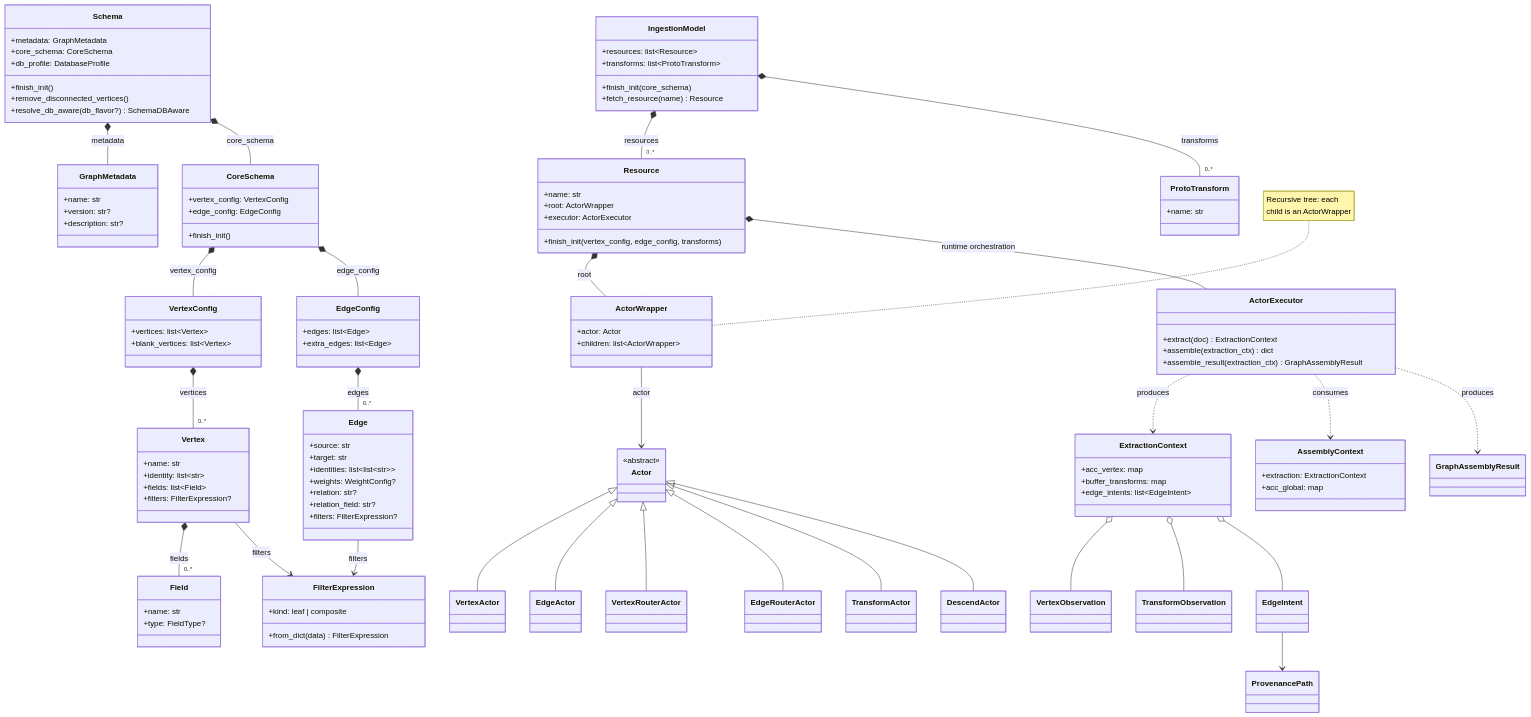
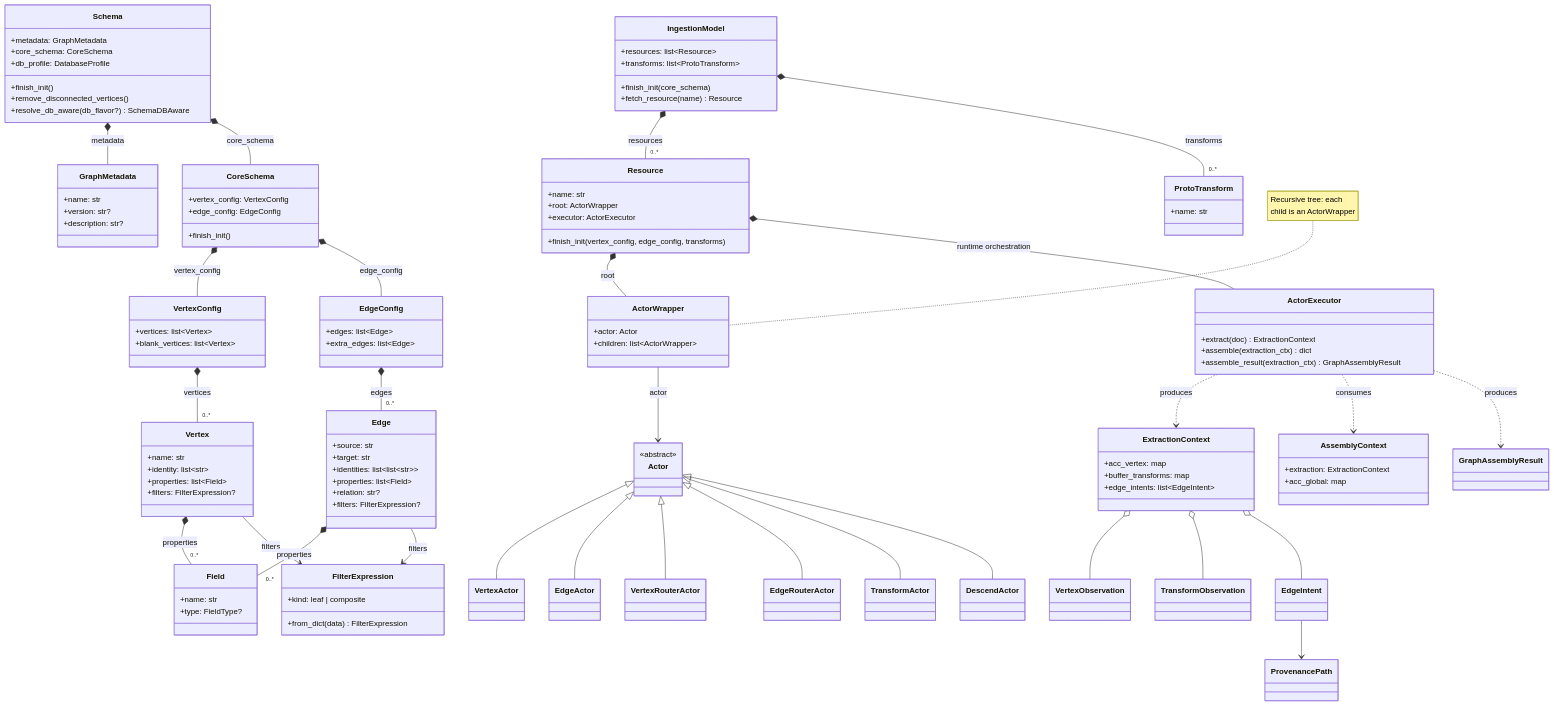
The fourth of 8 diagrams in docs/concepts/index.md (growgraph/graflo), drawn with Mermaid before and after one commit. The commit also changed other lines of this file and 106 other files, not shown here.

```diff
--- a/docs/concepts/index.md
+++ b/docs/concepts/index.md
@@ -243,7 +243,7 @@
     class Vertex {
         +name: str
         +identity: list~str~
-        +fields: list~Field~
+        +properties: list~Field~
         +filters: FilterExpression?
     }
 
@@ -261,9 +261,8 @@
         +source: str
         +target: str
         +identities: list~list~str~~
-        +weights: WeightConfig?
+        +properties: list~Field~
         +relation: str?
-        +relation_field: str?
         +filters: FilterExpression?
     }
 
@@ -330,10 +329,11 @@
     IngestionModel *-- "0..*" ProtoTransform : transforms
 
     VertexConfig *-- "0..*" Vertex : vertices
-    Vertex *-- "0..*" Field : fields
+    Vertex *-- "0..*" Field : properties
     Vertex --> FilterExpression : filters
 
     EdgeConfig *-- "0..*" Edge : edges
+    Edge *-- "0..*" Field : properties
     Edge --> FilterExpression : filters
 
     Resource *-- ActorWrapper : root
```
